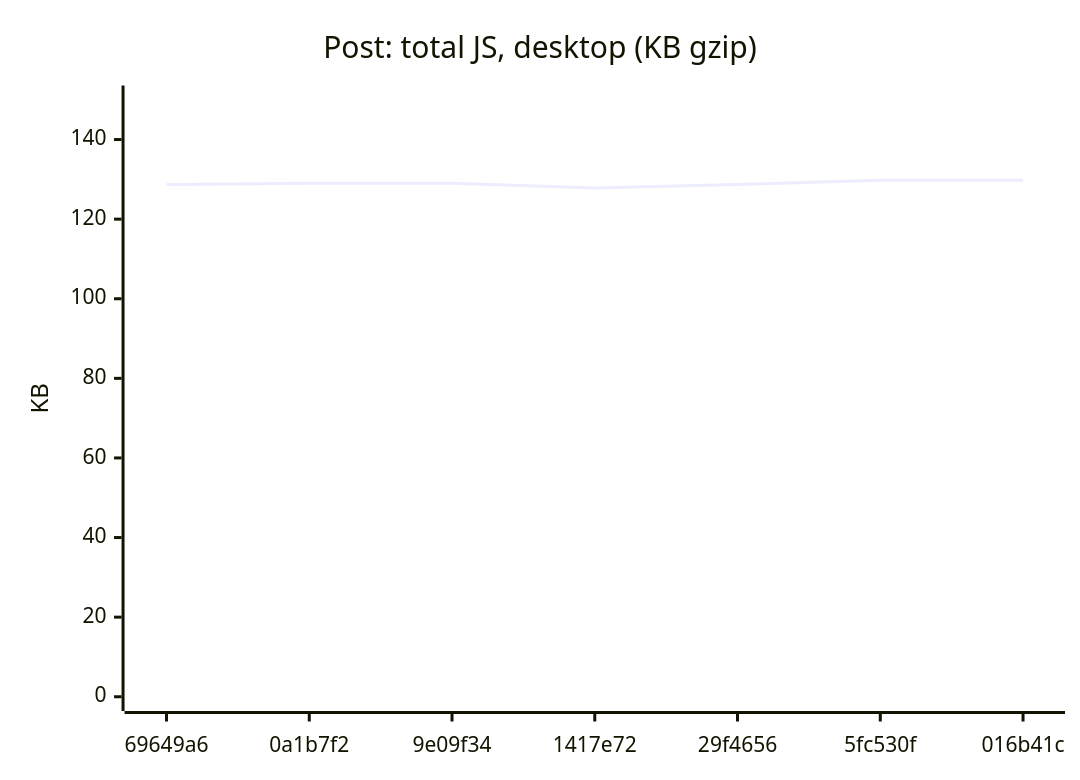
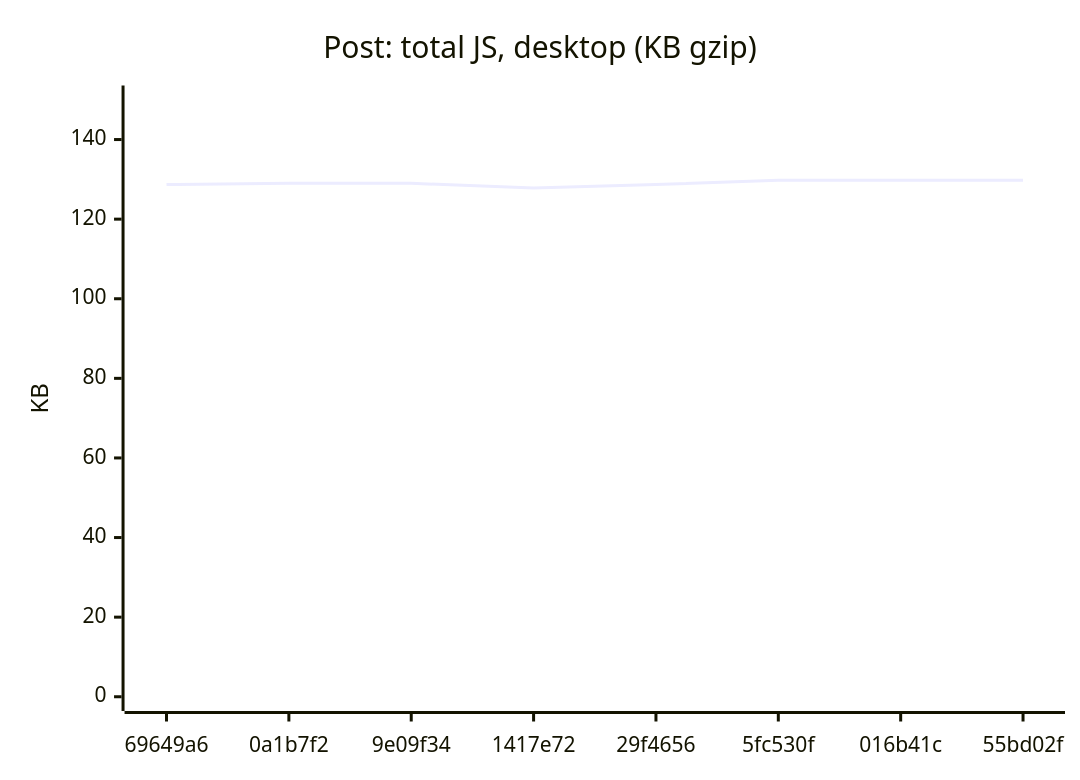
Diagram 11 of 18 in README.md (AxelUser/maltsev.space), drawn with Mermaid before and after one commit. The commit also changed other lines of this file and 1 other file, not shown here.

````diff
--- a/README.md
+++ b/README.md
@@ -125,7 +125,7 @@
 ```mermaid
 xychart-beta
   title "Post: total JS, desktop (KB gzip)"
-  x-axis ["69649a6", "0a1b7f2", "9e09f34", "1417e72", "29f4656", "5fc530f", "016b41c"]
+  x-axis ["69649a6", "0a1b7f2", "9e09f34", "1417e72", "29f4656", "5fc530f", "016b41c", "55bd02f"]
   y-axis "KB" 0 --> 150
-  line [128.7, 129, 129, 127.8, 128.7, 129.8, 129.8]
+  line [128.7, 129, 129, 127.8, 128.7, 129.8, 129.8, 129.8]
 ```
````
